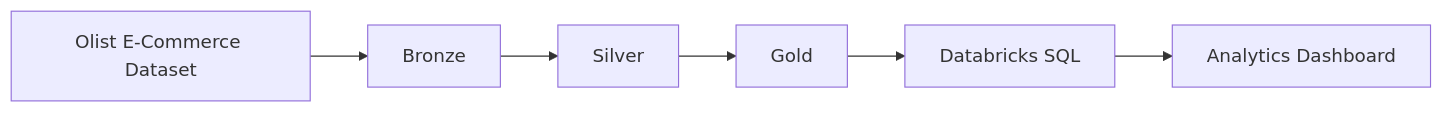
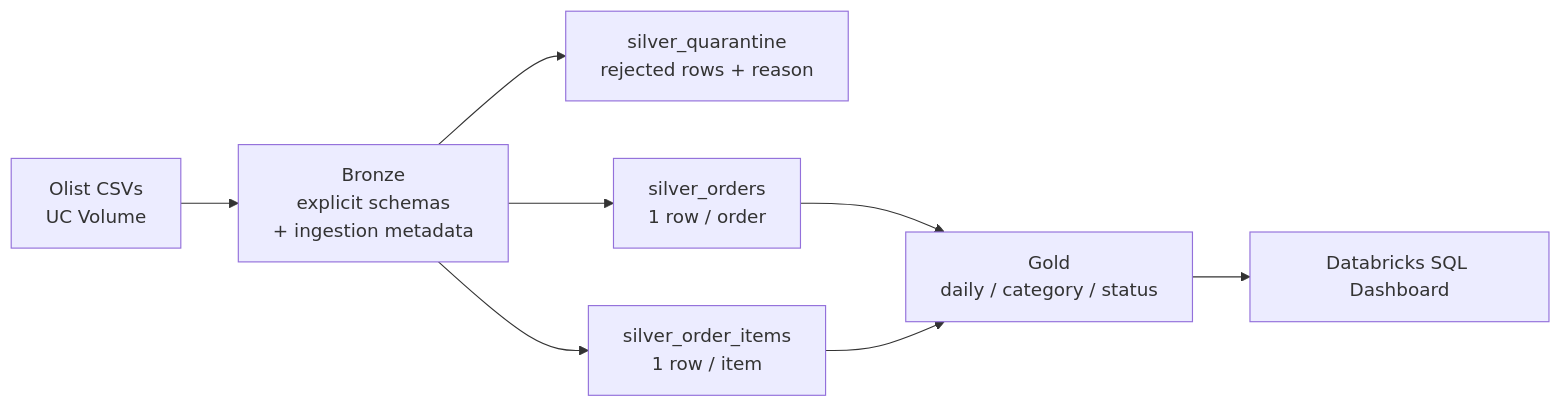
One commit to yunusbaskan04/databricks-ecommerce-data-platform changed the first of 2 diagrams in README.md. Above: the diagram before and after it, drawn with Mermaid. The commit also changed other lines of this file and 1 other file, not shown here.

````diff
--- a/README.md
+++ b/README.md
@@ -11,8 +14,10 @@
 ```mermaid
 flowchart LR
-    A[Olist E-Commerce Dataset] --> B[Bronze]
-    B --> C[Silver]
-    C --> D[Gold]
-    D --> E[Databricks SQL]
-    E --> F[Analytics Dashboard]
+    A[Olist CSVs<br/>UC Volume] --> B[Bronze<br/>explicit schemas<br/>+ ingestion metadata]
+    B --> Q[silver_quarantine<br/>rejected rows + reason]
+    B --> C1[silver_orders<br/>1 row / order]
+    B --> C2[silver_order_items<br/>1 row / item]
+    C1 --> D[Gold<br/>daily / category / status]
+    C2 --> D
+    D --> E[Databricks SQL Dashboard]
 ```
````
